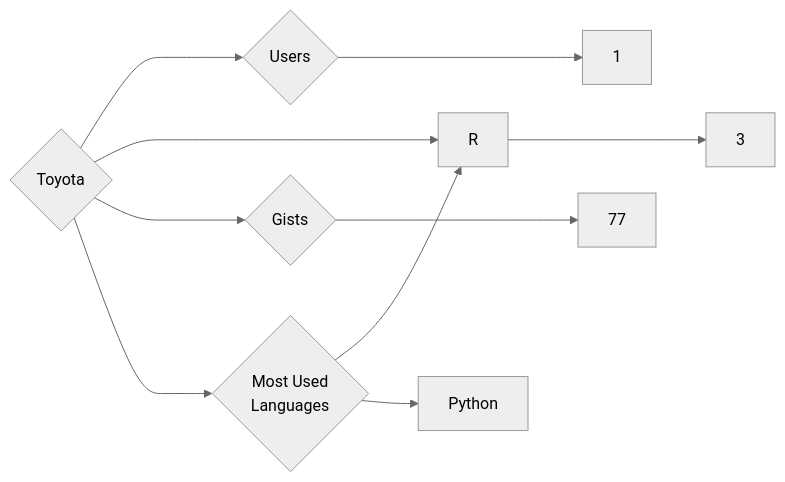
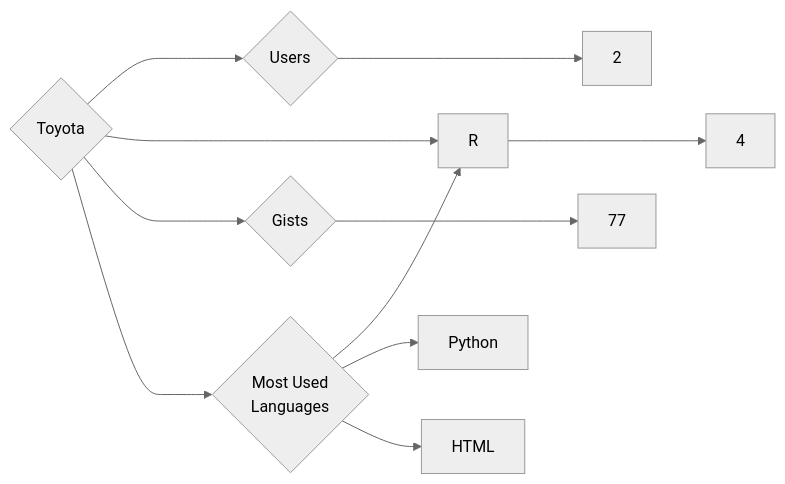
One commit to trickest/insiders changed the diagram in targets/Toyota/README.md. Above: the diagram before and after it, drawn with Mermaid (neutral theme). The commit also changed 920 other files, not shown here.

````diff
--- a/targets/Toyota/README.md
+++ b/targets/Toyota/README.md
@@ -3,10 +3,11 @@
 ```mermaid
 graph LR
 COMPANY_NAME{Toyota}
-COMPANY_NAME ---> U{Users} ---> UN[1]
-COMPANY_NAME ---> R{Repositories} ---> RN[3]
+COMPANY_NAME ---> U{Users} ---> UN[2]
+COMPANY_NAME ---> R{Repositories} ---> RN[4]
 COMPANY_NAME ---> G{Gists} ---> GN[77]
 COMPANY_NAME ---> ML{Most Used<br>Languages}
 ML --> R[R]
 ML --> Python[Python]
+ML --> HTML[HTML]
 ```
````
